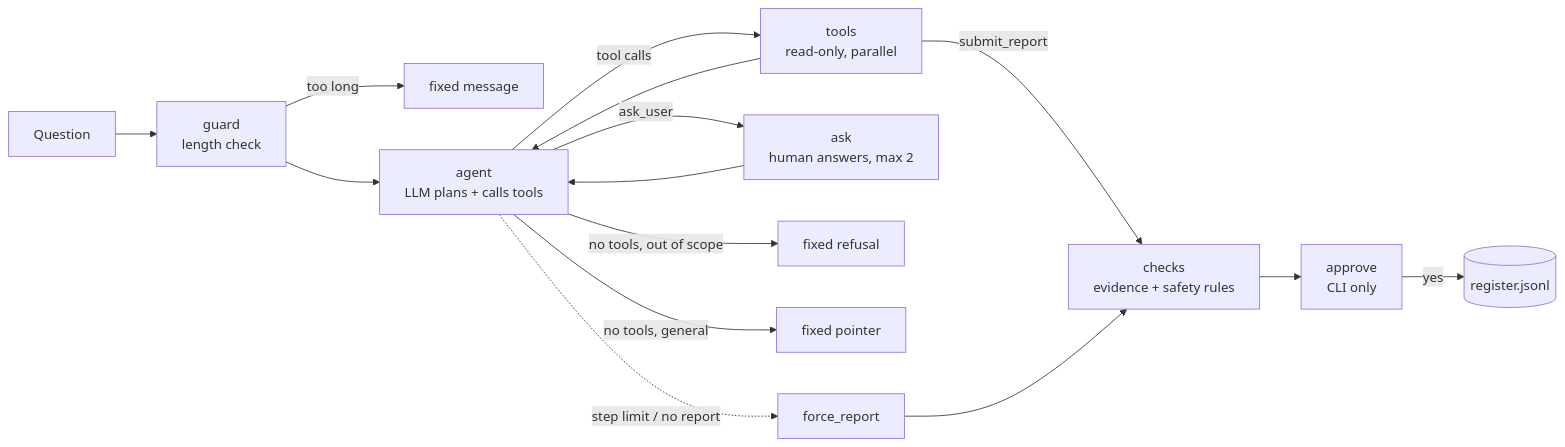
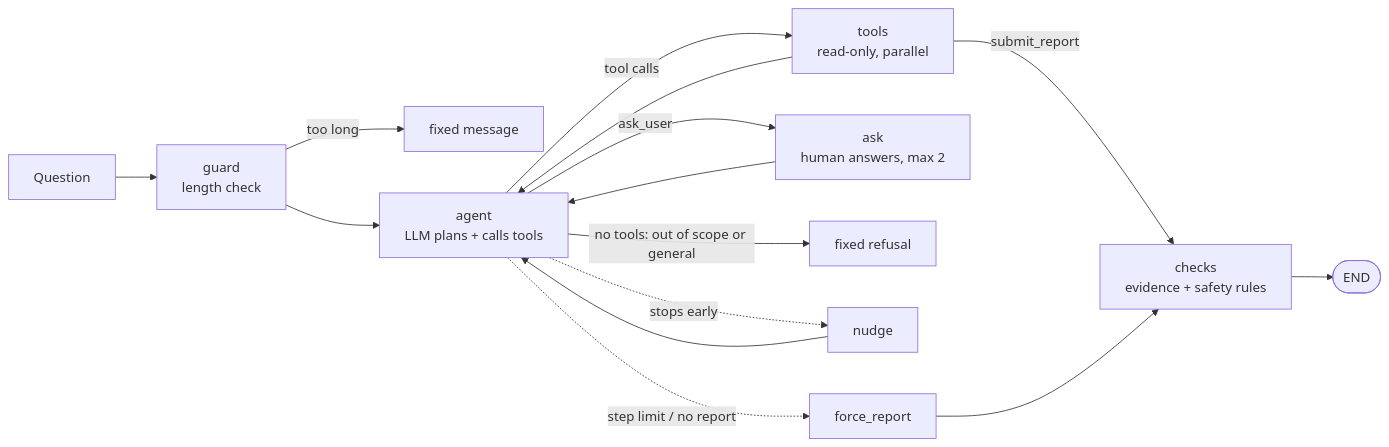
One commit to SoumitriM/oss-agent changed the diagram in ARCHITECTURE.md. Above: the diagram before and after it, drawn with Mermaid. The commit also changed other lines of this file and 921 other files, not shown here.

````diff
--- a/ARCHITECTURE.md
+++ b/ARCHITECTURE.md
@@ -9,15 +9,15 @@
 ```mermaid
 flowchart LR
     Q[Question] --> G[guard<br/>length check]
     G -->|too long| R1[fixed message]
     G --> A[agent<br/>LLM plans + calls tools]
     A -->|tool calls| T[tools<br/>read-only, parallel]
     T --> A
     A -->|ask_user| K[ask<br/>human answers, max 2]
     K --> A
-    A -->|no tools, out of scope| R2[fixed refusal]
-    A -->|no tools, general| R3[fixed pointer]
+    A -->|no tools: out of scope or general| R2[fixed refusal]
     T -->|submit_report| C[checks<br/>evidence + safety rules]
+    A -.->|stops early| N[nudge] --> A
     A -.->|step limit / no report| F[force_report] --> C
-    C --> P[approve<br/>CLI only] -->|yes| S[(register.jsonl)]
+    C --> E([END])
 ```
````
